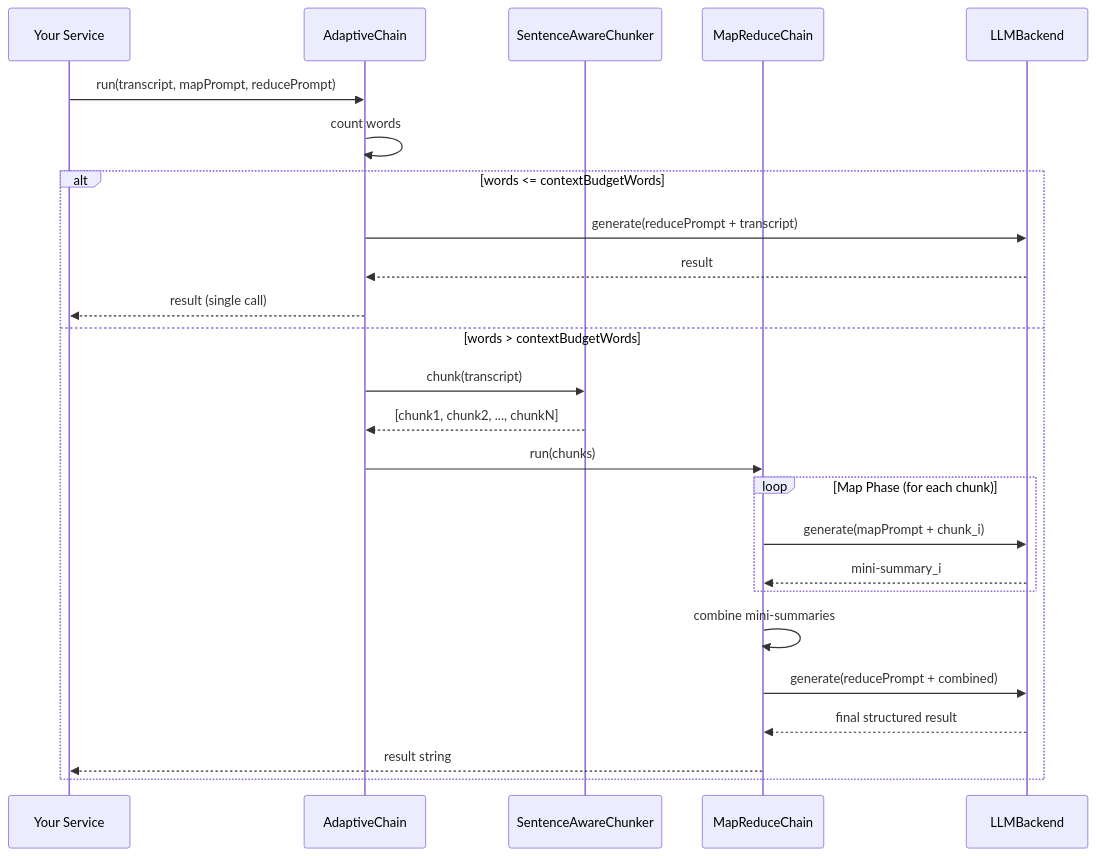
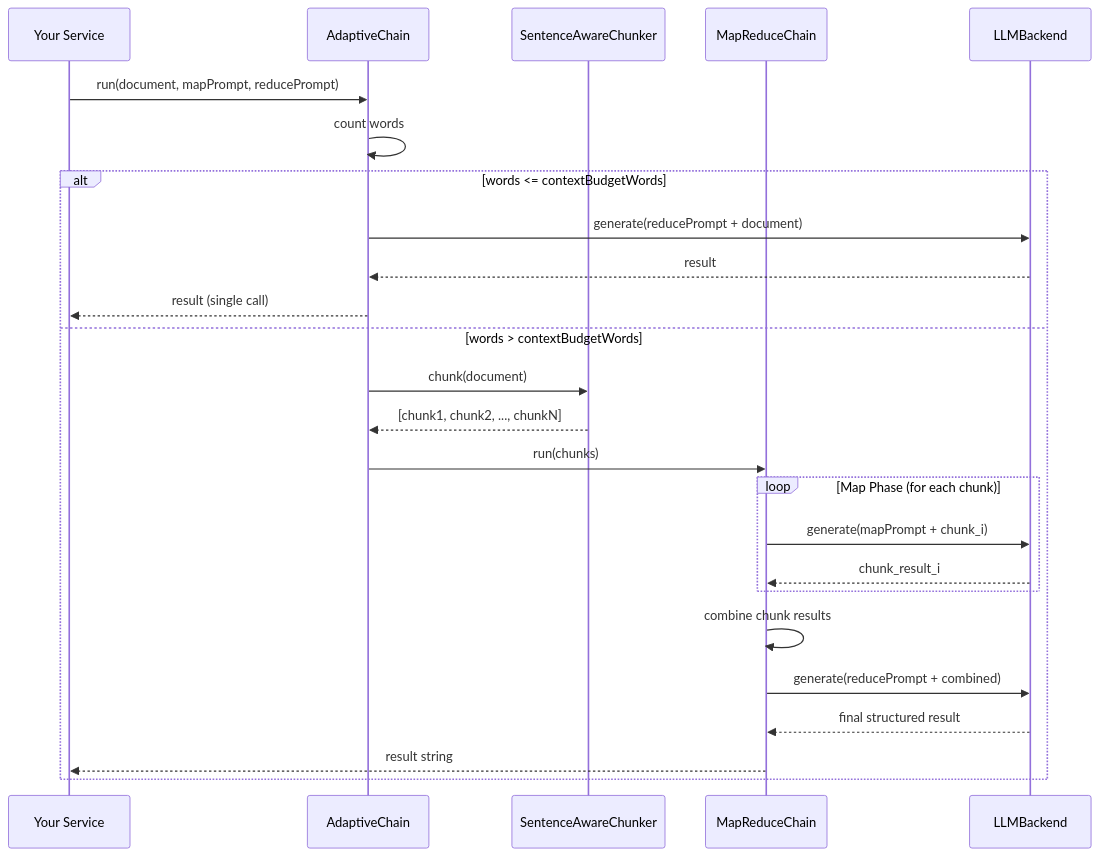
The diagram in docs/data-flow.md (joelnishanth/mlx-swift-chain), drawn with Mermaid before and after one commit. The commit also changed other lines of this file and 3 other files, not shown here.

````diff
--- a/docs/data-flow.md
+++ b/docs/data-flow.md
@@ -5,30 +5,30 @@
 ```mermaid
 sequenceDiagram
     participant Svc as Your Service
     participant AC as AdaptiveChain
     participant Ch as SentenceAwareChunker
     participant MR as MapReduceChain
     participant LLM as LLMBackend
 
-    Svc->>AC: run(transcript, mapPrompt, reducePrompt)
+    Svc->>AC: run(document, mapPrompt, reducePrompt)
     AC->>AC: count words
     alt words <= contextBudgetWords
-        AC->>LLM: generate(reducePrompt + transcript)
+        AC->>LLM: generate(reducePrompt + document)
         LLM-->>AC: result
         AC-->>Svc: result (single call)
     else words > contextBudgetWords
-        AC->>Ch: chunk(transcript)
+        AC->>Ch: chunk(document)
         Ch-->>AC: [chunk1, chunk2, ..., chunkN]
         AC->>MR: run(chunks)
 
         loop Map Phase (for each chunk)
             MR->>LLM: generate(mapPrompt + chunk_i)
-            LLM-->>MR: mini-summary_i
+            LLM-->>MR: chunk_result_i
         end
 
-        MR->>MR: combine mini-summaries
+        MR->>MR: combine chunk results
         MR->>LLM: generate(reducePrompt + combined)
         LLM-->>MR: final structured result
         MR-->>Svc: result string
     end
 ```
````
